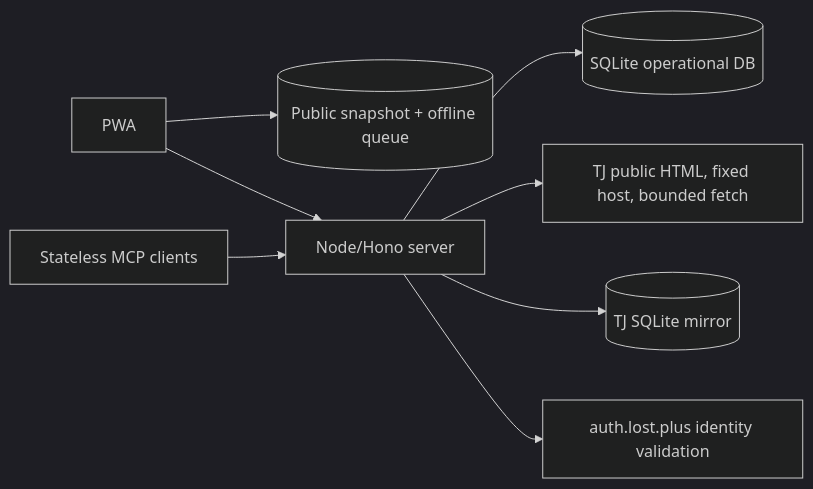
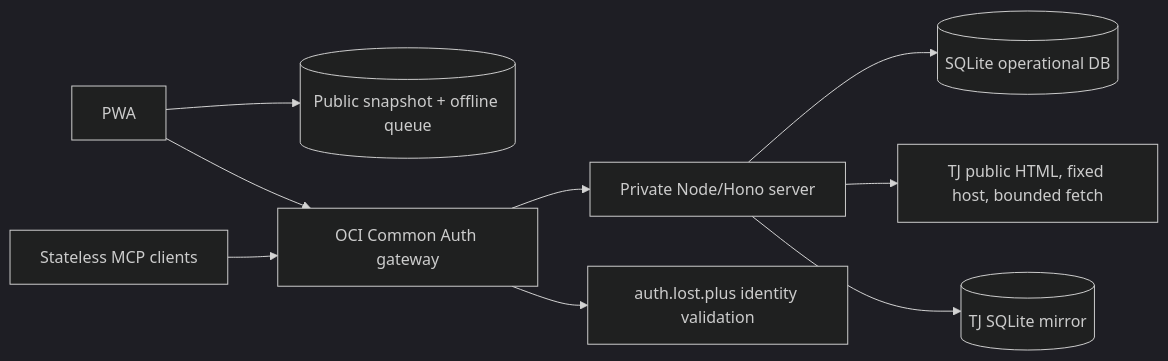
The diagram in docs/architecture.md (LPFchan/okdam-songbook), drawn with Mermaid (dark theme) before and after one commit. The commit also changed other lines of this file and 17 other files, not shown here.

First line of the commit message:
Trust the local Common Auth gateway

````diff
--- a/docs/architecture.md
+++ b/docs/architecture.md
@@ -7,10 +8,11 @@
 ```mermaid
 flowchart LR
   Browser[PWA] --> IndexedDB[(Public snapshot + offline queue)]
-  Browser --> Node[Node/Hono server]
-  MCP[Stateless MCP clients] --> Node
+  Browser --> Gateway[OCI Common Auth gateway]
+  MCP[Stateless MCP clients] --> Gateway
+  Gateway --> Node[Private Node/Hono server]
   Node --> SQLite[(SQLite operational DB)]
   Node --> TJ[TJ public HTML, fixed host, bounded fetch]
   Node --> Mirror[(TJ SQLite mirror)]
-  Node --> Auth[auth.lost.plus identity validation]
+  Gateway --> Auth[auth.lost.plus identity validation]
 ```
````
